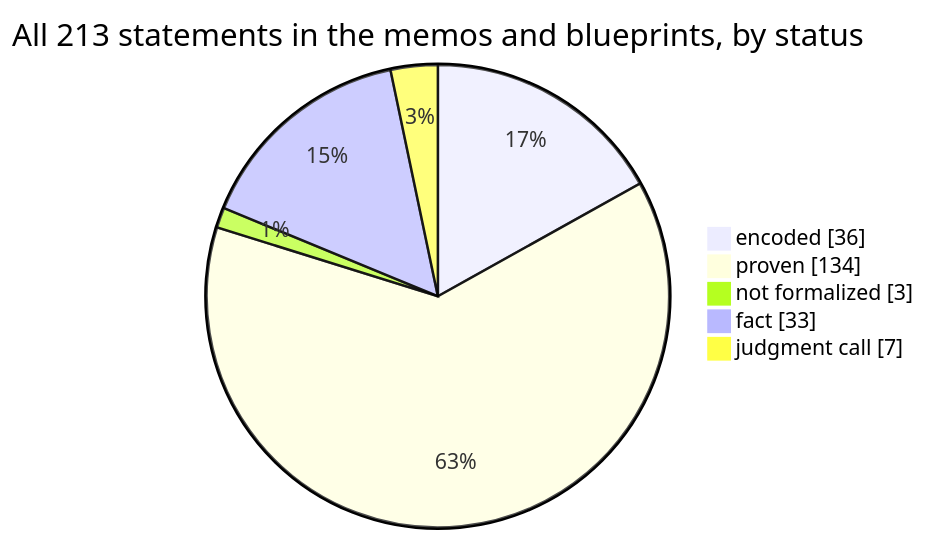
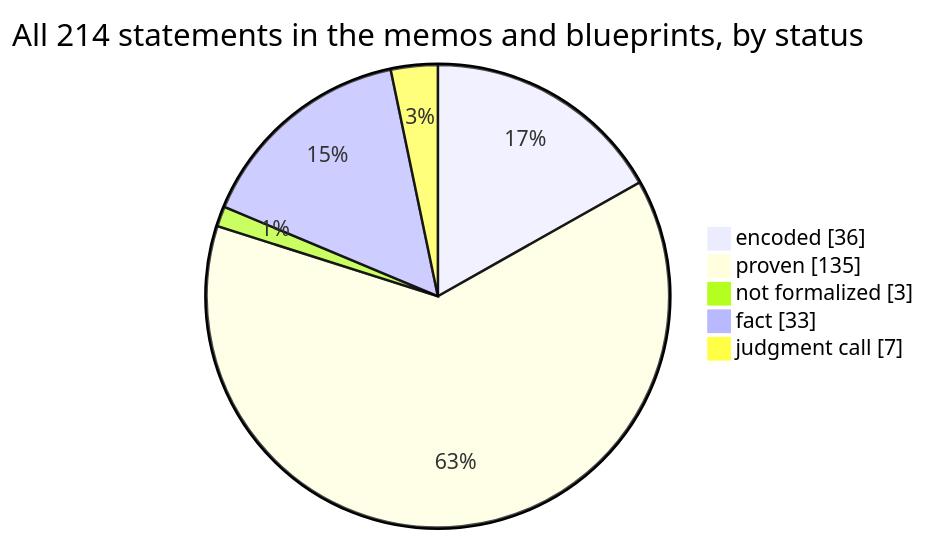
One commit to SeanWMurray/Canteen changed the first of 4 diagrams in docs/graphs/dashboard.md. Above: the diagram before and after it, drawn with Mermaid. The commit also changed other lines of this file and 16 other files, not shown here.

````diff
--- a/docs/graphs/dashboard.md
+++ b/docs/graphs/dashboard.md
@@ -11,8 +11,8 @@
 ```mermaid
-pie showData title All 213 statements in the memos and blueprints, by status
+pie showData title All 214 statements in the memos and blueprints, by status
     "encoded" : 36
-    "proven" : 134
+    "proven" : 135
     "not formalized" : 3
     "fact" : 33
     "judgment call" : 7
 ```
````
